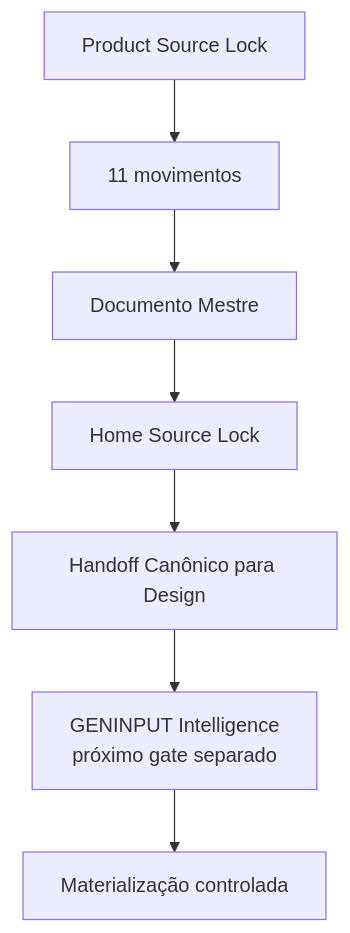
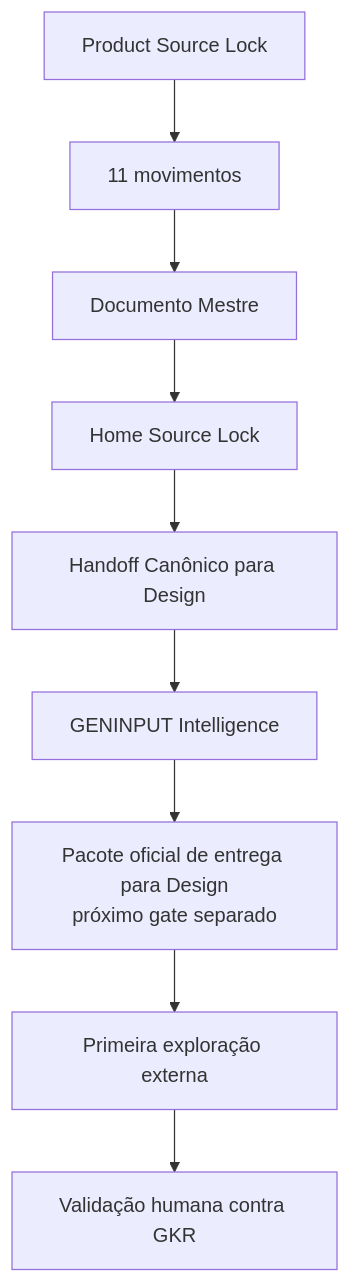
One commit to guivos-repositorio/Guivos-Knowledge-Repository changed the diagram in docs/project/intelligence-home-continuity-checkpoint-2026-08-19.md. Above: the diagram before and after it, drawn with Mermaid. The commit also changed other lines of this file and 1 other file, not shown here.

Commit message:
GKR: emitir GENINPUT da Home Intelligence v1

````diff
--- a/docs/project/intelligence-home-continuity-checkpoint-2026-08-19.md
+++ b/docs/project/intelligence-home-continuity-checkpoint-2026-08-19.md
@@ -310,9 +359,11 @@
 ```mermaid
 flowchart TD
     A[Product Source Lock] --> B[11 movimentos]
     B --> C[Documento Mestre]
     C --> D[Home Source Lock]
     D --> E[Handoff Canônico para Design]
-    E --> F[GENINPUT Intelligence\npróximo gate separado]
-    F --> G[Materialização controlada]
+    E --> F[GENINPUT Intelligence]
+    F --> G[Pacote oficial de entrega para Design\npróximo gate separado]
+    G --> H[Primeira exploração externa]
+    H --> I[Validação humana contra GKR]
 ```
````
